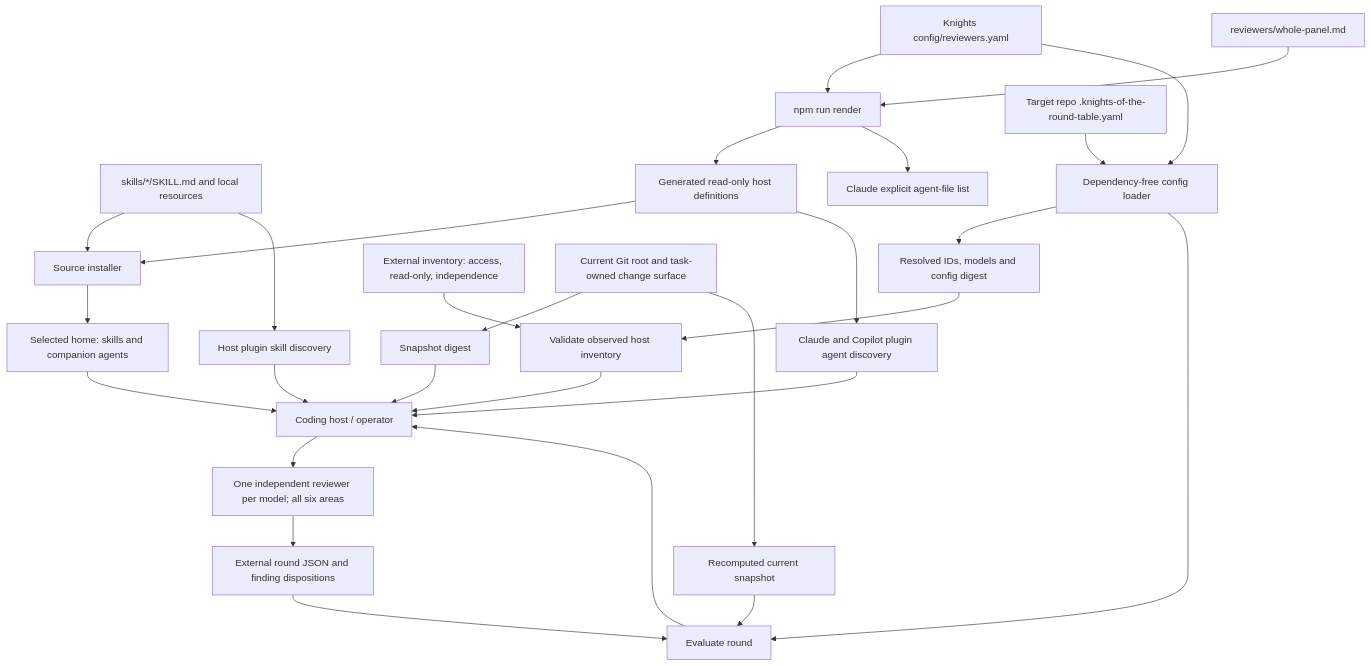
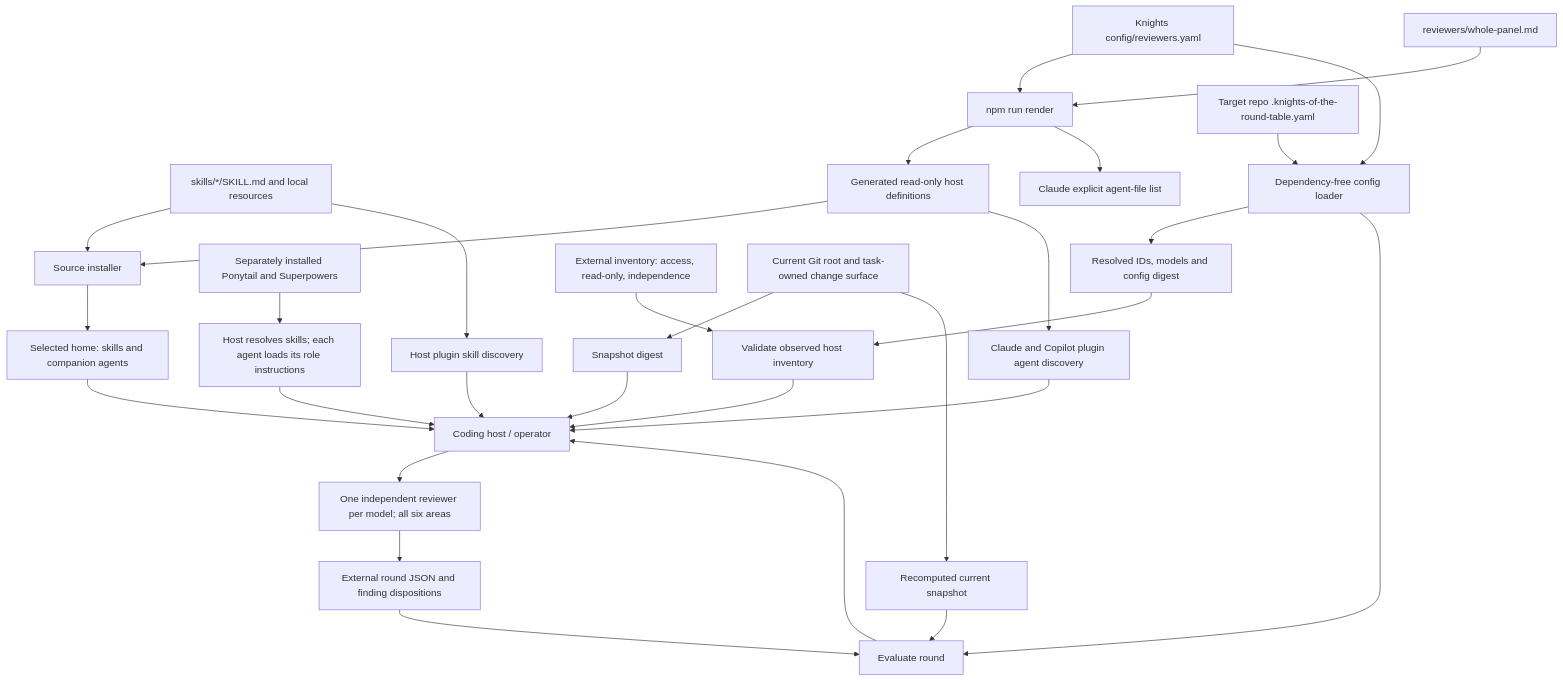
One commit to mcasillas17/coding-skills changed the first of 2 diagrams in docs/architecture.md. Above: the diagram before and after it, drawn with Mermaid. The commit also changed other lines of this file and 17 other files, not shown here.

First line of the commit message:
feat: require role-specific Ponytail and Superpowers skills

````diff
--- a/docs/architecture.md
+++ b/docs/architecture.md
@@ -11,30 +11,32 @@
 ```mermaid
 flowchart TD
     Skills["skills/*/SKILL.md and local resources"] --> Install["Source installer"]
     Config["Knights config/reviewers.yaml"] --> Render["npm run render"]
     Prompt["reviewers/whole-panel.md"] --> Render
     Render --> Agents["Generated read-only host definitions"]
     Render --> ClaudeManifest["Claude explicit agent-file list"]
     Agents --> Install
     Install --> Homes["Selected home: skills and companion agents"]
     Skills --> Plugins["Host plugin skill discovery"]
     Agents --> NativeAgents["Claude and Copilot plugin agent discovery"]
     Homes --> Host["Coding host / operator"]
+    External["Separately installed Ponytail and Superpowers"] --> RoleLoad["Host resolves skills; each agent loads its role instructions"]
+    RoleLoad --> Host
     Plugins --> Host
     NativeAgents --> Host
     Config --> Effective["Dependency-free config loader"]
     Override["Target repo .knights-of-the-round-table.yaml"] --> Effective
     Effective --> Panel["Resolved IDs, models and config digest"]
     Panel --> Preflight["Validate observed host inventory"]
     Inventory["External inventory: access, read-only, independence"] --> Preflight
     Preflight --> Host
     Repo["Current Git root and task-owned change surface"] --> Snapshot["Snapshot digest"]
     Snapshot --> Host
     Host --> Reviewers["One independent reviewer per model; all six areas"]
     Reviewers --> Records["External round JSON and finding dispositions"]
     Records --> Evaluate["Evaluate round"]
     Effective --> Evaluate
     Repo --> Fresh["Recomputed current snapshot"]
     Fresh --> Evaluate
     Evaluate --> Host
 ```
````
